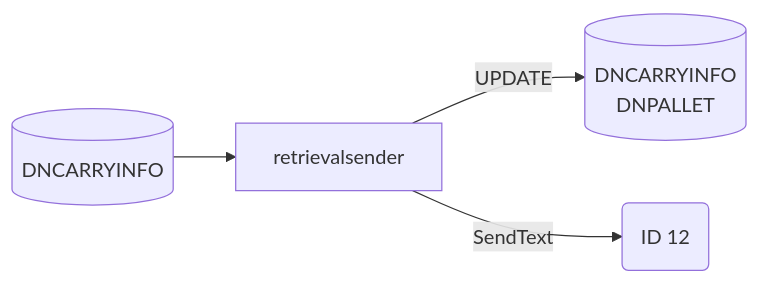
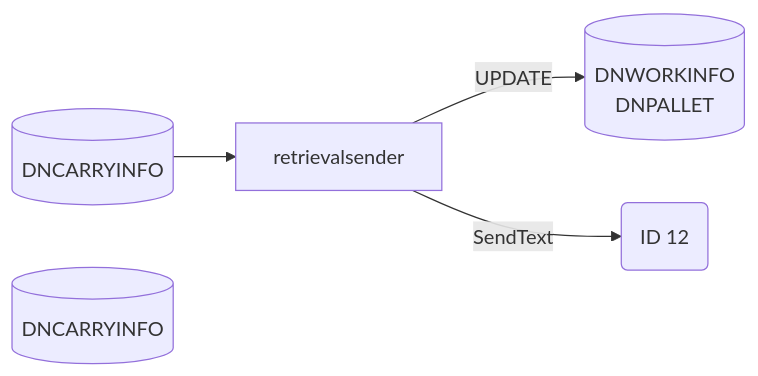
The seventh of 21 diagrams in Basic-Design/DFD-WMS/Retrieval/Specific-Location-Retrieval-Setting.md (luthfiadityaa/SimeDarby-Wiki), drawn with Mermaid before and after one commit.

Commit message:
Updated Specific Location Retrieval Setting

```diff
--- a/Basic-Design/DFD-WMS/Retrieval/Specific-Location-Retrieval-Setting.md
+++ b/Basic-Design/DFD-WMS/Retrieval/Specific-Location-Retrieval-Setting.md
@@ -287,24 +287,23 @@
 ::: mermaid
 flowchart LR
 
 retrievalsender-input[("
 DNCARRYINFO
 ")]
 
 retrievalsender-update[("
 DNWORKINFO
 DNPALLET
 ")]
 
-retrievalsender-update[("
+retrievalsender-insert[("
 DNCARRYINFO
-DNPALLET
 ")]
 
 id12msg("
 ID 12
 ")
 
 retrievalsender-input-->retrievalsender--> |UPDATE| retrievalsender-update
 retrievalsender--> |SendText| id12msg
 :::
```
